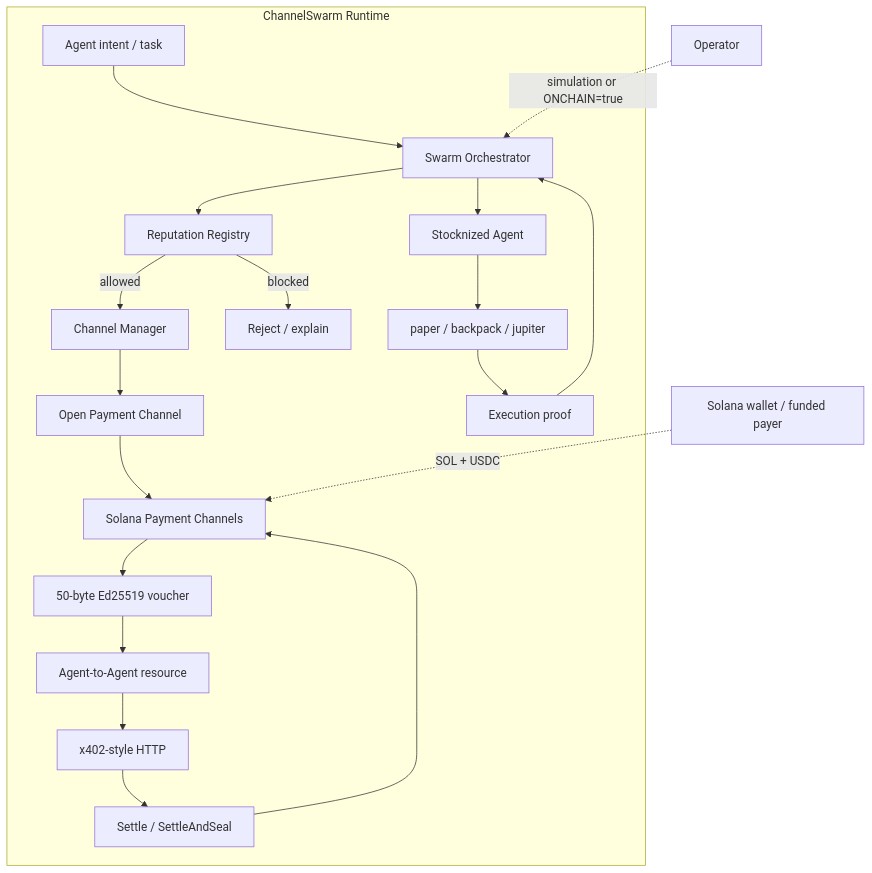
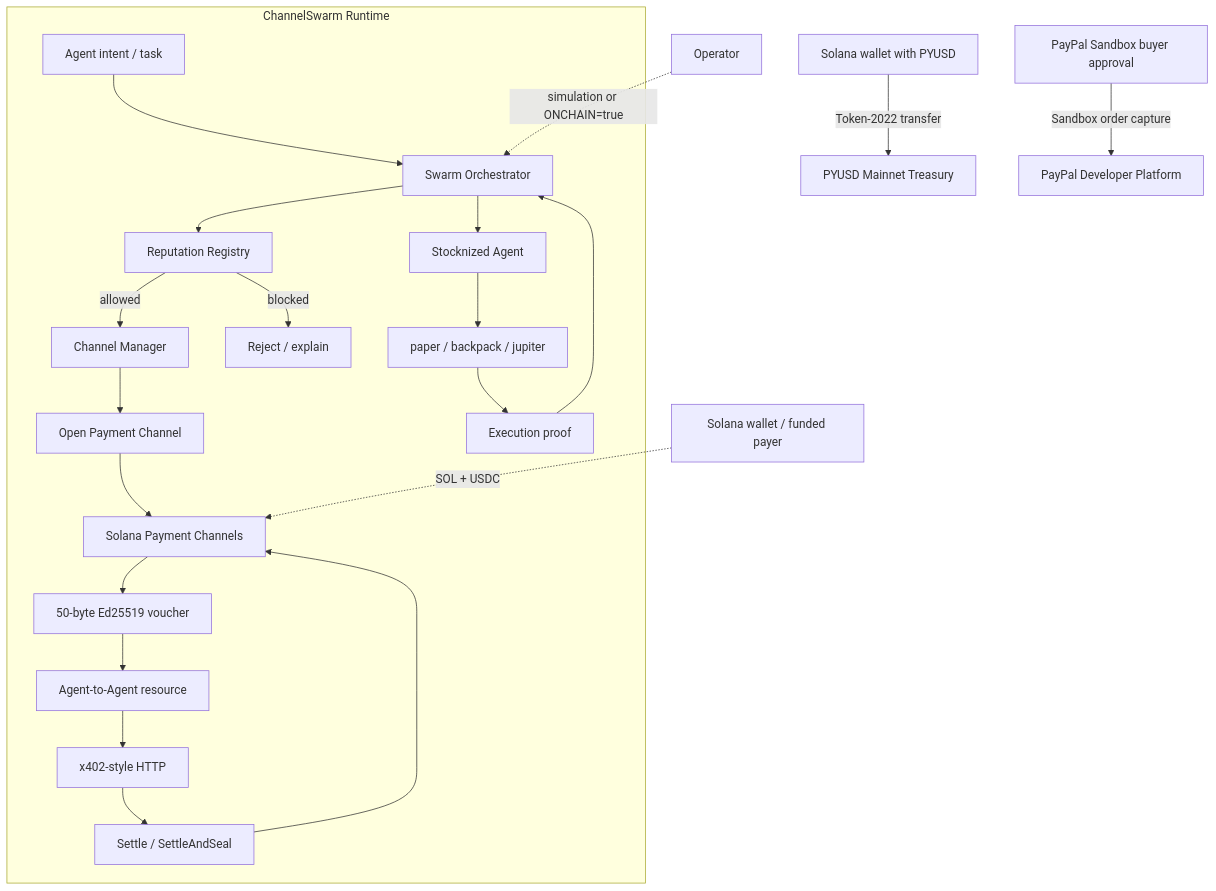
Before and after one commit to wadezigh96/Channel_Swarm: the diagram in README.md, drawn with Mermaid. The commit also changed other lines of this file, not shown here.

Commit message:
docs: describe PayPal Sandbox and PYUSD Mainnet payment rails

````diff
--- a/README.md
+++ b/README.md
@@ -56,26 +58,28 @@
 ```mermaid
 flowchart TB
     subgraph ChannelSwarm["ChannelSwarm Runtime"]
         U["Agent intent / task"] --> O["Swarm Orchestrator"]
         O --> REP["Reputation Registry"]
         REP -->|allowed| CM["Channel Manager"]
         REP -->|blocked| X["Reject / explain"]
 
         CM --> OPEN["Open Payment Channel"]
         OPEN --> PC["Solana Payment Channels"]
         PC --> V["50-byte Ed25519 voucher"]
 
         V --> A["Agent-to-Agent resource"]
         A --> X402["x402-style HTTP"]
         X402 --> SET["Settle / SettleAndSeal"]
         SET --> PC
 
         O --> STOCK["Stocknized Agent"]
         STOCK --> EXEC["paper / backpack / jupiter"]
         EXEC --> PROOF["Execution proof"]
         PROOF --> O
     end
 
     SOL["Solana wallet / funded payer"] -.->|SOL + USDC| PC
+    PY["Solana wallet with PYUSD"] -->|Token-2022 transfer| TREASURY["PYUSD Mainnet Treasury"]
+    PP["PayPal Sandbox buyer approval"] -->|Sandbox order capture| PAY["PayPal Developer Platform"]
     USER["Operator"] -.->|simulation or ONCHAIN=true| O
 ```
````
